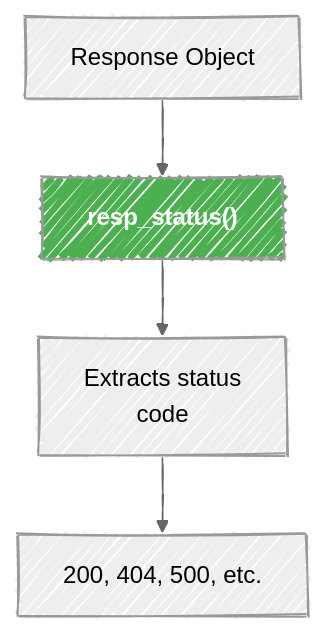
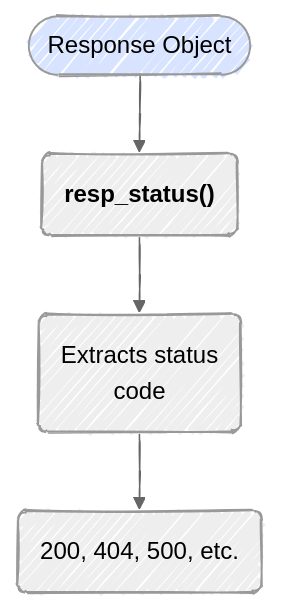
Before and after one commit to mjfrigaard/do4ds-labs: the ninth of 10 diagrams in r-app-api.qmd, drawn with Mermaid. The commit also changed other lines of this file and 18 other files, not shown here.

````diff
--- a/r-app-api.qmd
+++ b/r-app-api.qmd
@@ -713,13 +694,13 @@
 ```{mermaid}
 %%| fig-width: 6.5
 %%| fig-align: center
 %%{init: {'theme': 'neutral', 'look': 'handDrawn', 'themeVariables': { 'fontFamily': 'monospace'}}}%%
 
 graph TD
-	A[Response Object] --> B["<strong>resp_status()</strong>"]
-	B --> C["Extracts status<br>code"]
-	C --> D["200, 404, 500, etc."]
+	A(["Response Object"]) --> B("<strong>resp_status()</strong>")
+	B --> C("Extracts status<br>code")
+	C --> D("200, 404, 500, etc.")
 
-style B fill:#4caf50,color:#fff
+  style A fill:#d8e4ff
 
 ```
````
